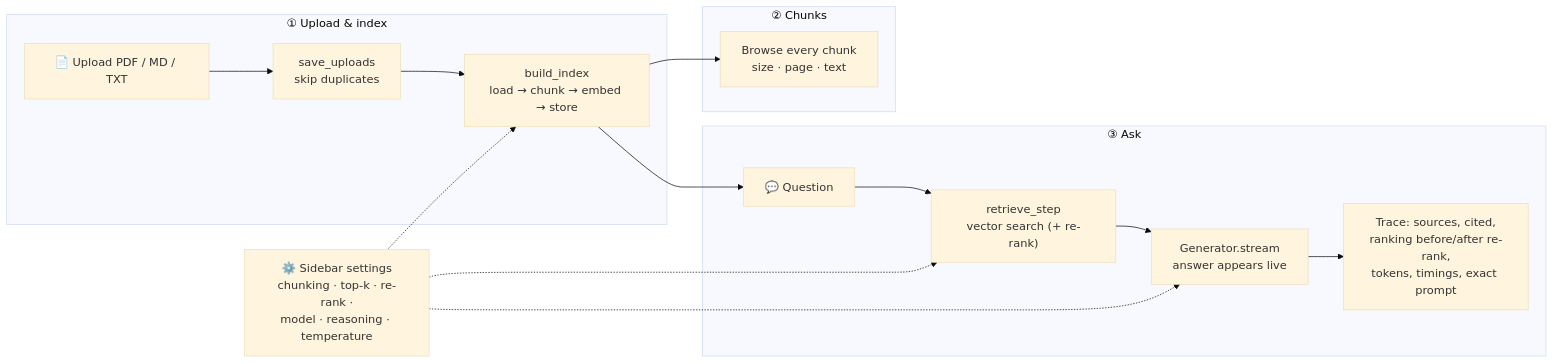
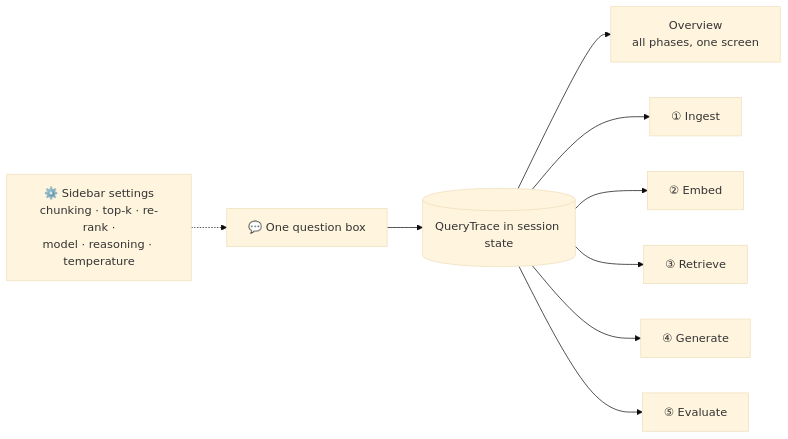
Diagram 22 of 33 in docs/learning/phase-3.md (mjunedalam/rag-eval-platform), drawn with Mermaid (base theme) before and after one commit. The commit also changed other lines of this file and 42 other files, not shown here.

````diff
--- a/docs/learning/phase-3.md
+++ b/docs/learning/phase-3.md
@@ -555,18 +557,7 @@
 ```mermaid
 flowchart LR
-    subgraph tab1["① Upload & index"]
-        UP["📄 Upload PDF / MD / TXT"] --> SAVE["save_uploads<br/>skip duplicates"]
-        SAVE --> BUILD["build_index<br/>load → chunk → embed → store"]
-    end
-    subgraph tab2["② Chunks"]
-        SEE["Browse every chunk<br/>size · page · text"]
-    end
-    subgraph tab3["③ Ask"]
-        ASK["💬 Question"] --> RQ["retrieve_step<br/>vector search (+ re-rank)"]
-        RQ --> GEN["Generator.stream<br/>answer appears live"]
-        GEN --> TRACE["Trace: sources, cited,<br/>ranking before/after re-rank,<br/>tokens, timings, exact prompt"]
-    end
-    SIDEBAR["⚙️ Sidebar settings<br/>chunking · top-k · re-rank ·<br/>model · reasoning · temperature"] -.-> BUILD & RQ & GEN
-    BUILD --> SEE
-    BUILD --> ASK
+    SIDEBAR["⚙️ Sidebar settings<br/>chunking · top-k · re-rank ·<br/>model · reasoning · temperature"] -.-> ASK
+    ASK["💬 One question box"] --> TRACE[("QueryTrace in session state")]
+    TRACE --> OV["Overview<br/>all phases, one screen"]
+    TRACE --> T1["① Ingest"] & T2["② Embed"] & T3["③ Retrieve"] & T4["④ Generate"] & T5["⑤ Evaluate"]
 ```
````
